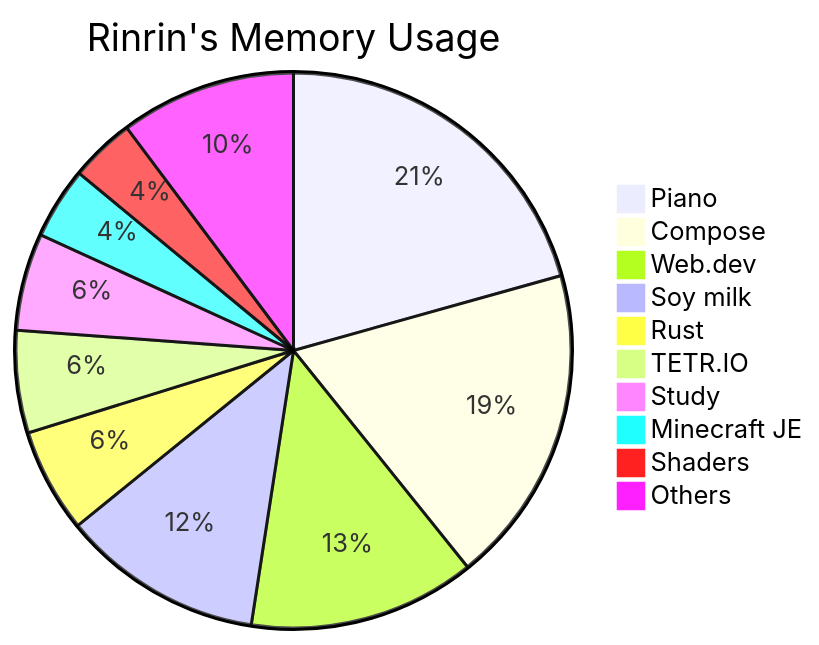
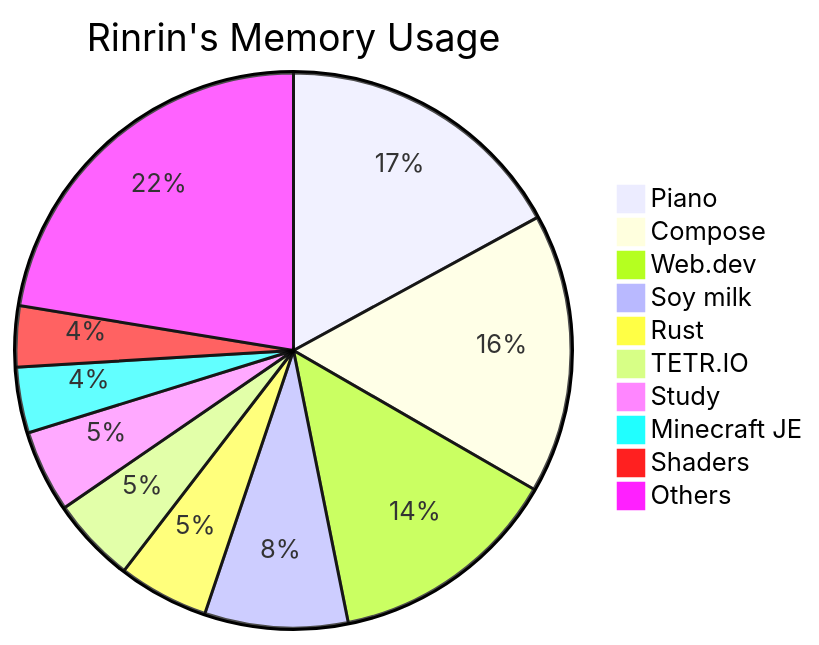
The diagram in README.md (Rinrin0413/Rinrin0413), drawn with Mermaid before and after one commit.

Commit message:
🛠 Update: Rinrin's Memory Usage

````diff
--- a/README.md
+++ b/README.md
@@ -76,13 +76,13 @@
 ```mermaid
 pie title Rinrin's Memory Usage
-    "Piano": 208
-    "Compose": 187
-    "Web.dev": 133
-    "Soy milk": 118
-    "Rust": 61
-    "TETR.IO": 60
-    "Study": 57
-    "Minecraft JE": 42
-    "Shaders": 38
-    "Others": 103
+    "Piano": 178
+    "Compose": 170
+    "Web.dev": 141
+    "Soy milk": 87
+    "Rust": 55
+    "TETR.IO": 52
+    "Study": 50
+    "Minecraft JE": 40
+    "Shaders": 37
+    "Others": 234
 ```
````
